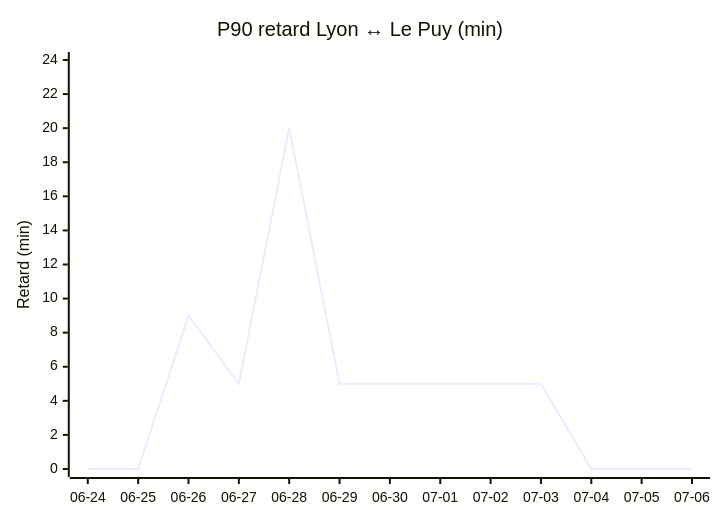
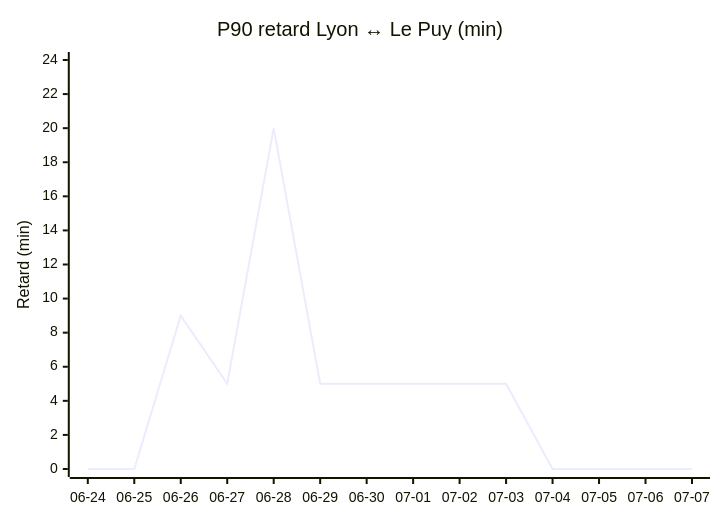
One commit to antoinerep/horaire-ter changed the third of 4 diagrams in STATS.md. Above: the diagram before and after it, drawn with Mermaid. The commit also changed other lines of this file and 1 other file, not shown here.

````diff
--- a/STATS.md
+++ b/STATS.md
@@ -85,7 +86,7 @@
 ```mermaid
 xychart-beta
     title "P90 retard Lyon ↔ Le Puy (min)"
-    x-axis ["06-24", "06-25", "06-26", "06-27", "06-28", "06-29", "06-30", "07-01", "07-02", "07-03", "07-04", "07-05", "07-06"]
+    x-axis ["06-24", "06-25", "06-26", "06-27", "06-28", "06-29", "06-30", "07-01", "07-02", "07-03", "07-04", "07-05", "07-06", "07-07"]
     y-axis "Retard (min)" 0 --> 24
-    line [0.0, 0.0, 9.0, 5.0, 20.0, 5.0, 5.0, 5.0, 5.0, 5.0, 0.0, 0.0, 0.0]
+    line [0.0, 0.0, 9.0, 5.0, 20.0, 5.0, 5.0, 5.0, 5.0, 5.0, 0.0, 0.0, 0.0, 0.0]
 ```
````
